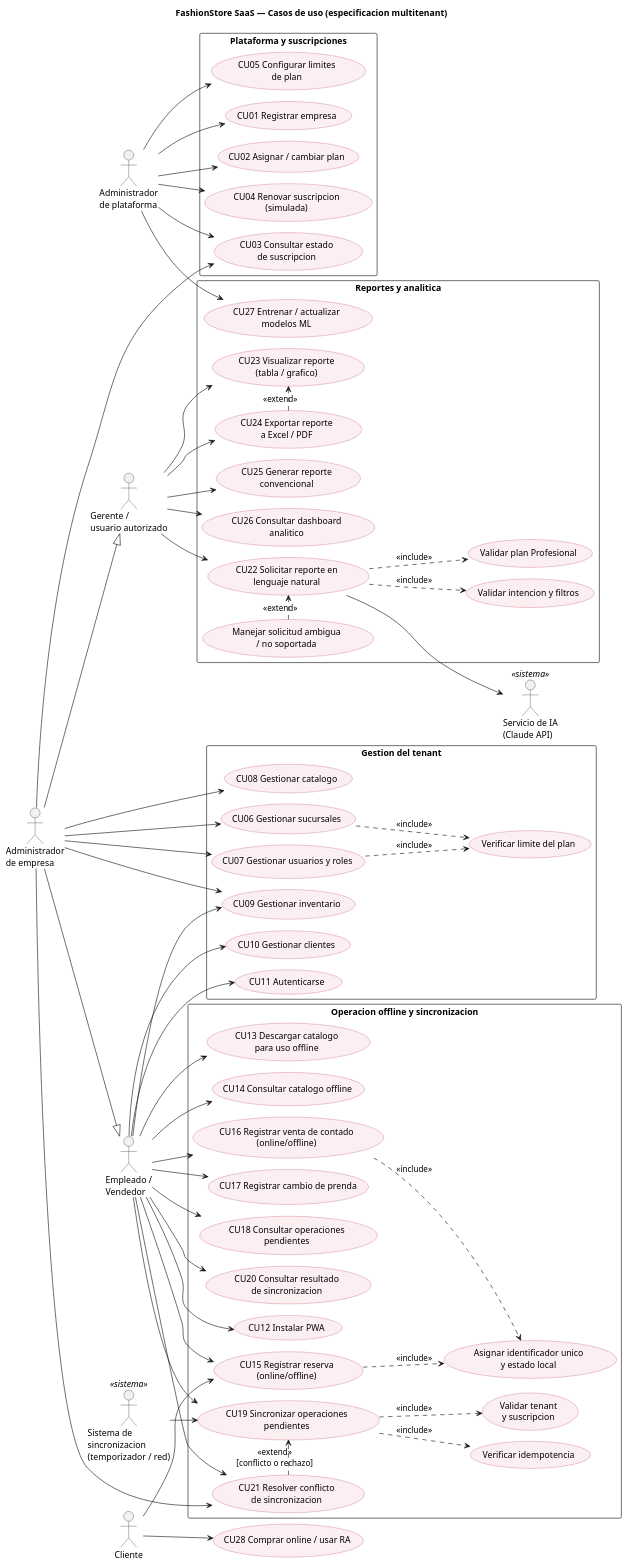
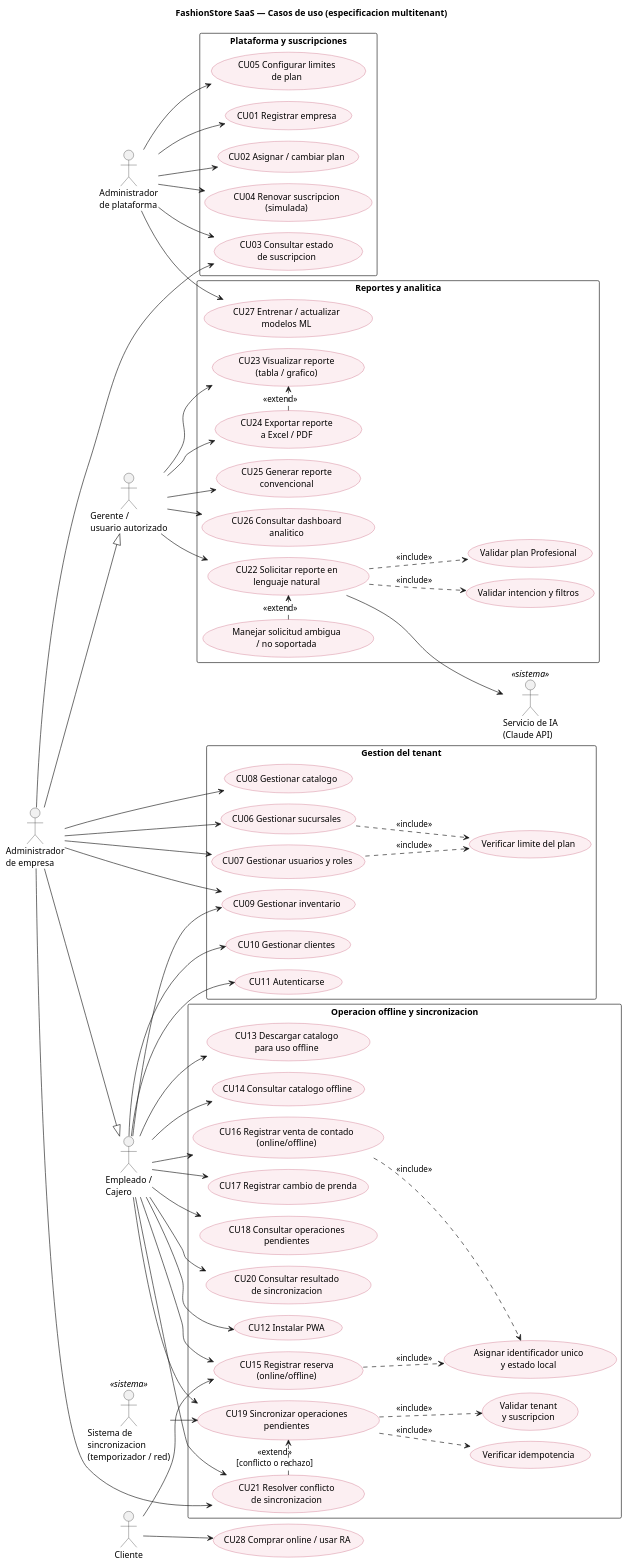
The diagram in docs/uml/24_casos_de_uso_multitenant.puml (CHLimber/1er-Parcial-SI2), drawn with PlantUML before and after one commit. The commit also changed 154 other files, not shown here.

```diff
--- a/docs/uml/24_casos_de_uso_multitenant.puml
+++ b/docs/uml/24_casos_de_uso_multitenant.puml
@@ -1,119 +1,119 @@
 @startuml 24_casos_de_uso_multitenant
 ' ICONIX - Modelo de casos de uso del SaaS multitenant (UML 2.5.1). Numeracion de la
 ' especificacion tecnica (CU01..CU28), con las relaciones que ella sugiere.
 left to right direction
 !pragma layout smetana
 skinparam defaultFontName Arial
 skinparam packageStyle rectangle
 skinparam usecase {
   BackgroundColor #FCEFF2
   BorderColor #C1516B
 }
 title FashionStore SaaS — Casos de uso (especificacion multitenant)
 
 actor "Administrador\nde plataforma" as AP
 actor "Administrador\nde empresa" as AE
 actor "Gerente /\nusuario autorizado" as G
-actor "Empleado /\nVendedor" as E
+actor "Empleado /\nCajero" as E
 actor "Cliente" as C
 actor "Sistema de\nsincronizacion\n(temporizador / red)" as SS <<sistema>>
 actor "Servicio de IA\n(Claude API)" as IA <<sistema>>
 
 AE --|> G
 AE --|> E
 
 rectangle "Plataforma y suscripciones" {
   usecase "CU01 Registrar empresa" as CU01
   usecase "CU02 Asignar / cambiar plan" as CU02
   usecase "CU03 Consultar estado\nde suscripcion" as CU03
   usecase "CU04 Renovar suscripcion\n(simulada)" as CU04
   usecase "CU05 Configurar limites\nde plan" as CU05
 }
 
 rectangle "Gestion del tenant" {
   usecase "CU06 Gestionar sucursales" as CU06
   usecase "CU07 Gestionar usuarios y roles" as CU07
   usecase "CU08 Gestionar catalogo" as CU08
   usecase "CU09 Gestionar inventario" as CU09
   usecase "CU10 Gestionar clientes" as CU10
   usecase "CU11 Autenticarse" as CU11
   usecase "Verificar limite del plan" as Limite
 }
 
 rectangle "Operacion offline y sincronizacion" {
   usecase "CU12 Instalar PWA" as CU12
   usecase "CU13 Descargar catalogo\npara uso offline" as CU13
   usecase "CU14 Consultar catalogo offline" as CU14
   usecase "CU15 Registrar reserva\n(online/offline)" as CU15
   usecase "CU16 Registrar venta de contado\n(online/offline)" as CU16
   usecase "Asignar identificador unico\ny estado local" as UUID
   usecase "CU17 Registrar cambio de prenda" as CU17
   usecase "CU18 Consultar operaciones\npendientes" as CU18
   usecase "CU19 Sincronizar operaciones\npendientes" as CU19
   usecase "Validar tenant\ny suscripcion" as VT
   usecase "Verificar idempotencia" as Idem
   usecase "CU20 Consultar resultado\nde sincronizacion" as CU20
   usecase "CU21 Resolver conflicto\nde sincronizacion" as CU21
 }
 
 rectangle "Reportes y analitica" {
   usecase "CU22 Solicitar reporte en\nlenguaje natural" as CU22
   usecase "Validar plan Profesional" as VP
   usecase "Validar intencion y filtros" as VI
   usecase "Manejar solicitud ambigua\n/ no soportada" as Ambigua
   usecase "CU23 Visualizar reporte\n(tabla / grafico)" as CU23
   usecase "CU24 Exportar reporte\na Excel / PDF" as CU24
   usecase "CU25 Generar reporte\nconvencional" as CU25
   usecase "CU26 Consultar dashboard\nanalitico" as CU26
   usecase "CU27 Entrenar / actualizar\nmodelos ML" as CU27
 }
 
 usecase "CU28 Comprar online / usar RA" as CU28
 
 AP --> CU01
 AP --> CU02
 AP --> CU03
 AP --> CU04
 AP --> CU05
 AP --> CU27
 AE --> CU03
 AE --> CU06
 AE --> CU07
 AE --> CU08
 AE --> CU09
 AE --> CU21
 E --> CU09
 E --> CU10
 E --> CU11
 E --> CU12
 E --> CU13
 E --> CU14
 E --> CU15
 E --> CU16
 E --> CU17
 E --> CU18
 E --> CU19
 E --> CU20
 E --> CU21
 G --> CU22
 G --> CU23
 G --> CU24
 G --> CU25
 G --> CU26
 C --> CU15
 C --> CU28
 SS --> CU19
 CU22 --> IA
 
 CU06 ..> Limite : <<include>>
 CU07 ..> Limite : <<include>>
 CU15 ..> UUID : <<include>>
 CU16 ..> UUID : <<include>>
 CU19 ..> VT : <<include>>
 CU19 ..> Idem : <<include>>
 CU21 .> CU19 : <<extend>>\n[conflicto o rechazo]
 CU22 ..> VP : <<include>>
 CU22 ..> VI : <<include>>
 Ambigua .> CU22 : <<extend>>
 CU24 .> CU23 : <<extend>>
 @enduml
```
